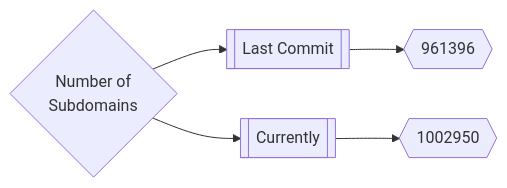
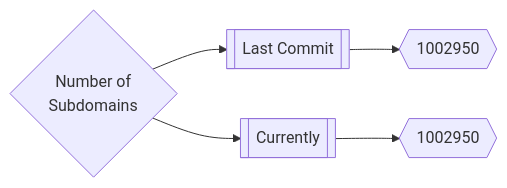
One commit to trickest/inventory changed the first of 3 diagrams in README.md. Above: the diagram before and after it, drawn with Mermaid.

Commit message:
Update Sat Mar 19 19:17:39 UTC 2022

````diff
--- a/README.md
+++ b/README.md
@@ -165,5 +165,5 @@
 ```mermaid
 graph LR
-title{Number of<br>Subdomains} --> subdomainsDate1[[Last Commit]] --> subdomainsNum1{{961396}}
+title{Number of<br>Subdomains} --> subdomainsDate1[[Last Commit]] --> subdomainsNum1{{1002950}}
 title --> subdomainsDate2[[Currently]] --> subdomainsNum2{{1002950}}
 ```
````
